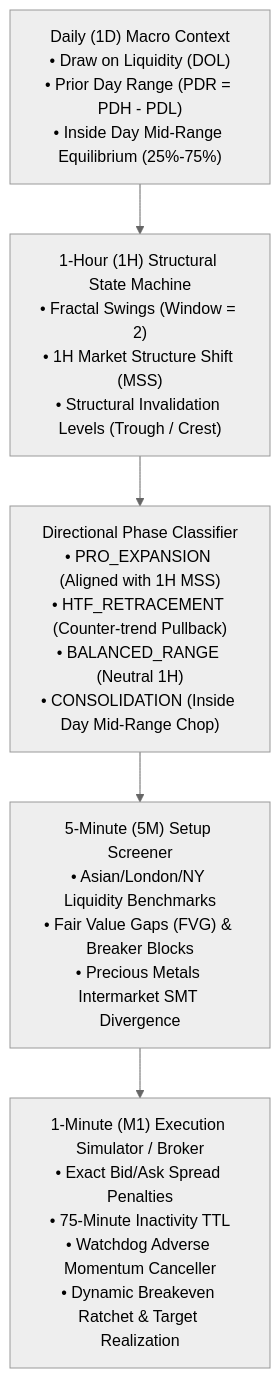
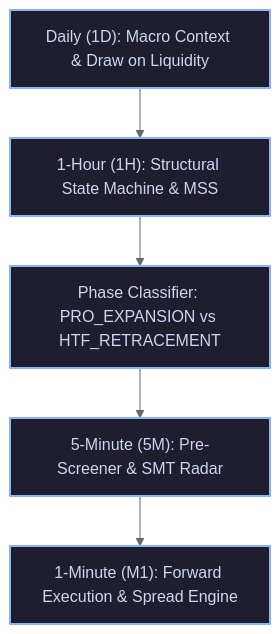
Before and after one commit to javadderoom/TradingGuard: the diagram in docs/SYSTEM_EXECUTION_MIRROR.md, drawn with Mermaid (neutral theme).

Commit message:
fix(docs): fix Mermaid flowchart syntax in SYSTEM_EXECUTION_MIRROR.md

````diff
--- a/docs/SYSTEM_EXECUTION_MIRROR.md
+++ b/docs/SYSTEM_EXECUTION_MIRROR.md
@@ -11,8 +11,9 @@
 ```mermaid
 flowchart TD
-    D1["Daily (1D) Macro Context\n• Draw on Liquidity (DOL)\n• Prior Day Range (PDR = PDH - PDL)\n• Inside Day Mid-Range Equilibrium (25%-75%)"] --> H1
-    H1["1-Hour (1H) Structural State Machine\n• Fractal Swings (Window = 2)\n• 1H Market Structure Shift (MSS)\n• Structural Invalidation Levels (Trough / Crest)"] --> Phase
-    Phase["Directional Phase Classifier\n• PRO_EXPANSION (Aligned with 1H MSS)\n• HTF_RETRACEMENT (Counter-trend Pullback)\n• BALANCED_RANGE (Neutral 1H)\n• CONSOLIDATION (Inside Day Mid-Range Chop)"] --> M5
-    M5["5-Minute (5M) Setup Screener\n• Asian/London/NY Liquidity Benchmarks\n• Fair Value Gaps (FVG) & Breaker Blocks\n• Precious Metals Intermarket SMT Divergence"] --> M1
-    M1["1-Minute (M1) Execution Simulator / Broker\n• Exact Bid/Ask Spread Penalties\n• 75-Minute Inactivity TTL\n• Watchdog Adverse Momentum Canceller\n• Dynamic Breakeven Ratchet & Target Realization"]
+    D1["Daily (1D): Macro Context & Draw on Liquidity"] --> H1["1-Hour (1H): Structural State Machine & MSS"]
+    H1 --> Phase["Phase Classifier: PRO_EXPANSION vs HTF_RETRACEMENT"]
+    Phase --> M5["5-Minute (5M): Pre-Screener & SMT Radar"]
+    M5 --> M1["1-Minute (M1): Forward Execution & Spread Engine"]
+
+    classDef default fill:#1e1e2e,stroke:#89b4fa,stroke-width:2px,color:#cdd6f4;
 ```
````
